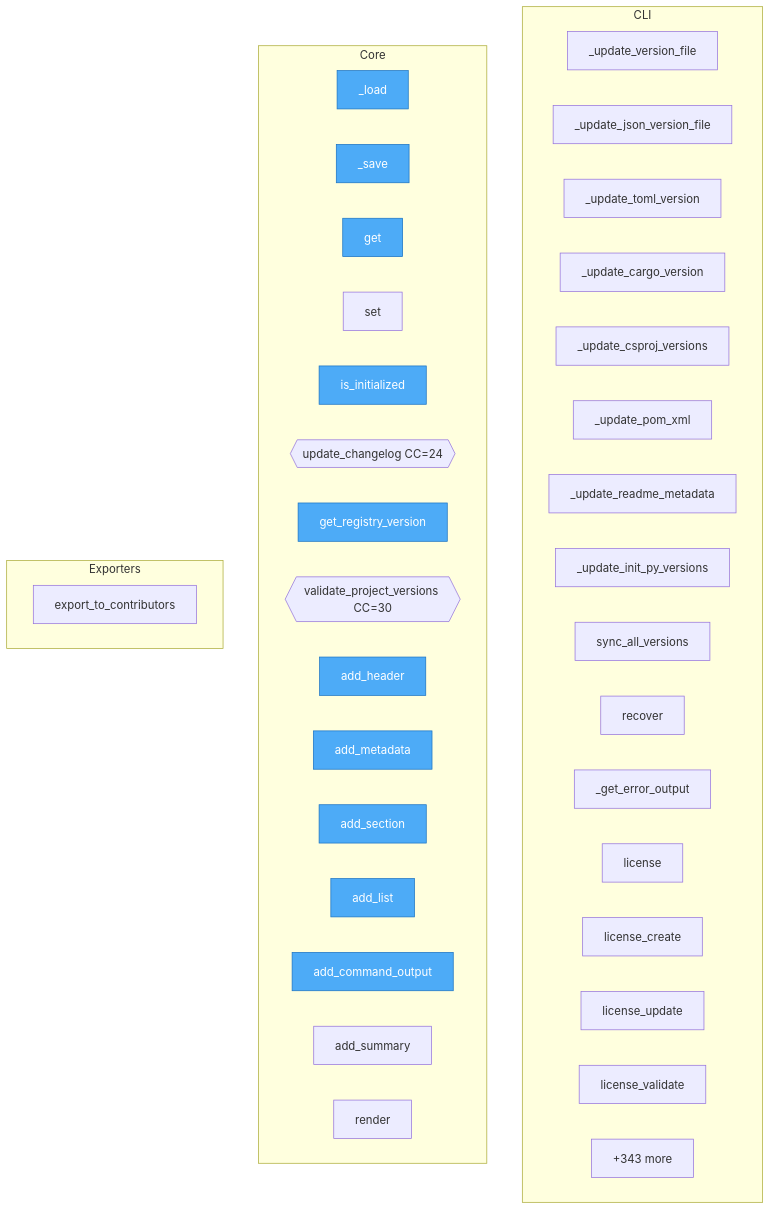
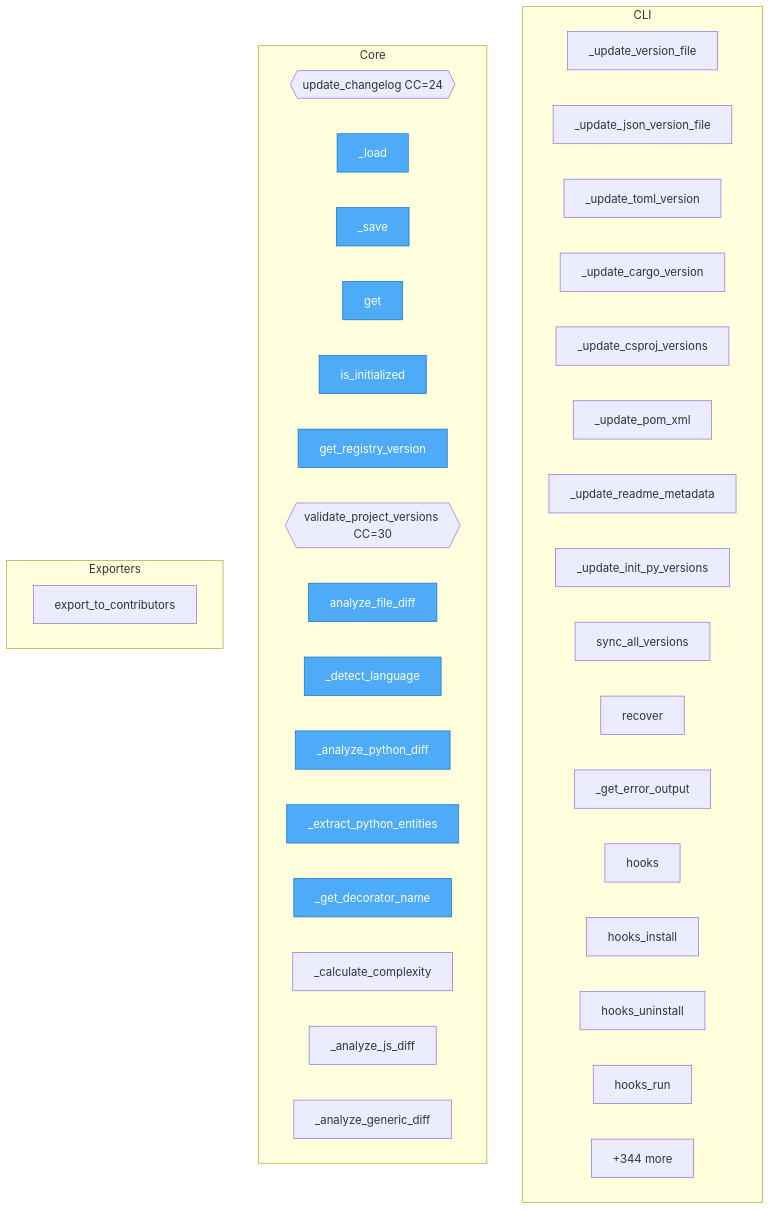
The diagram in project/flow.mmd (wronai/goal), drawn with Mermaid before and after one commit. The commit also changed 32 other files, not shown here.

First line of the commit message:
refactor(goal): code analysis engine

```diff
--- a/project/flow.mmd
+++ b/project/flow.mmd
@@ -1,48 +1,48 @@
 flowchart TD
 
     %% Entry points (blue)
     classDef entry fill:#4dabf7,stroke:#1971c2,color:#fff
 
     subgraph CLI
         goal__cli__version_sync___update_version_file["_update_version_file"]
         goal__cli__version_sync___update_json_version_file["_update_json_version_file"]
         goal__cli__version_sync___update_toml_version["_update_toml_version"]
         goal__cli__version_sync___update_cargo_version["_update_cargo_version"]
         goal__cli__version_sync___update_csproj_versions["_update_csproj_versions"]
         goal__cli__version_sync___update_pom_xml["_update_pom_xml"]
         goal__cli__version_sync___update_readme_metadata["_update_readme_metadata"]
         goal__cli__version_sync___update_init_py_versions["_update_init_py_versions"]
         goal__cli__version_sync__sync_all_versions["sync_all_versions"]
         goal__cli__recover_cmd__recover["recover"]
         goal__cli__recover_cmd___get_error_output["_get_error_output"]
-        goal__cli__license_cmd__license["license"]
-        goal__cli__license_cmd__license_create["license_create"]
-        goal__cli__license_cmd__license_update["license_update"]
-        goal__cli__license_cmd__license_validate["license_validate"]
+        goal__cli__hooks_cmd__hooks["hooks"]
+        goal__cli__hooks_cmd__hooks_install["hooks_install"]
+        goal__cli__hooks_cmd__hooks_uninstall["hooks_uninstall"]
+        goal__cli__hooks_cmd__hooks_run["hooks_run"]
         ...["+80 more"]
     end
 
     subgraph Core
+        goal__changelog__update_changelog{{update_changelog CC=24}}
         goal__user_config__UserConfig___load["_load"]
         goal__user_config__UserConfig___save["_save"]
         goal__user_config__UserConfig__get["get"]
-        goal__user_config__UserConfig__set["set"]
         goal__user_config__UserConfig__is_initialized["is_initialized"]
-        goal__changelog__update_changelog{{update_changelog CC=24}}
         goal__version_validation__get_registry_version["get_registry_version"]
         goal__version_validation__validate_project_versions{{validate_project_versions CC=30}}
-        goal__formatter__MarkdownFormatter__add_header["add_header"]
-        goal__formatter__MarkdownFormatter__add_metadata["add_metadata"]
-        goal__formatter__MarkdownFormatter__add_section["add_section"]
-        goal__formatter__MarkdownFormatter__add_list["add_list"]
-        goal__formatter__MarkdownFormatter__add_command_output["add_command_output"]
-        goal__formatter__MarkdownFormatter__add_summary["add_summary"]
-        goal__formatter__MarkdownFormatter__render["render"]
-        ...["+343 more"]
+        goal__deep_analyzer__CodeChangeAnalyzer__analyze_file_diff["analyze_file_diff"]
+        goal__deep_analyzer__CodeChangeAnalyzer___detect_language["_detect_language"]
+        goal__deep_analyzer__CodeChangeAnalyzer___analyze_python_diff["_analyze_python_diff"]
+        goal__deep_analyzer__CodeChangeAnalyzer___extract_python_entities["_extract_python_entities"]
+        goal__deep_analyzer__CodeChangeAnalyzer___get_decorator_name["_get_decorator_name"]
+        goal__deep_analyzer__CodeChangeAnalyzer___calculate_complexity["_calculate_complexity"]
+        goal__deep_analyzer__CodeChangeAnalyzer___analyze_js_diff["_analyze_js_diff"]
+        goal__deep_analyzer__CodeChangeAnalyzer___analyze_generic_diff["_analyze_generic_diff"]
+        ...["+344 more"]
     end
 
     subgraph Exporters
         goal__authors__manager__AuthorsManager__export_to_contributors["export_to_contributors"]
     end
 
-    class goal__user_config__UserConfig___load,goal__user_config__UserConfig___save,goal__user_config__UserConfig__get,goal__user_config__UserConfig__is_initialized,goal__version_validation__get_registry_version,goal__formatter__MarkdownFormatter__add_header,goal__formatter__MarkdownFormatter__add_metadata,goal__formatter__MarkdownFormatter__add_section,goal__formatter__MarkdownFormatter__add_list,goal__formatter__MarkdownFormatter__add_command_output entry
+    class goal__user_config__UserConfig___load,goal__user_config__UserConfig___save,goal__user_config__UserConfig__get,goal__user_config__UserConfig__is_initialized,goal__version_validation__get_registry_version,goal__deep_analyzer__CodeChangeAnalyzer__analyze_file_diff,goal__deep_analyzer__CodeChangeAnalyzer___detect_language,goal__deep_analyzer__CodeChangeAnalyzer___analyze_python_diff,goal__deep_analyzer__CodeChangeAnalyzer___extract_python_entities,goal__deep_analyzer__CodeChangeAnalyzer___get_decorator_name entry
```
